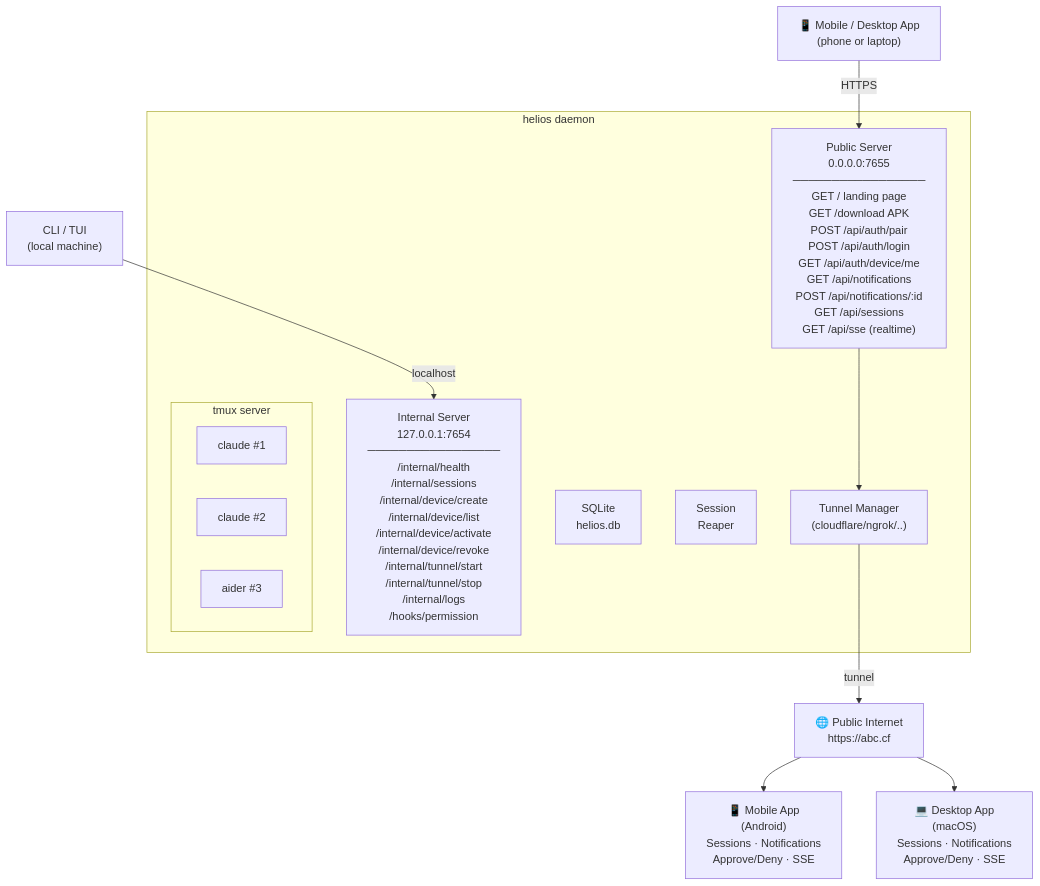
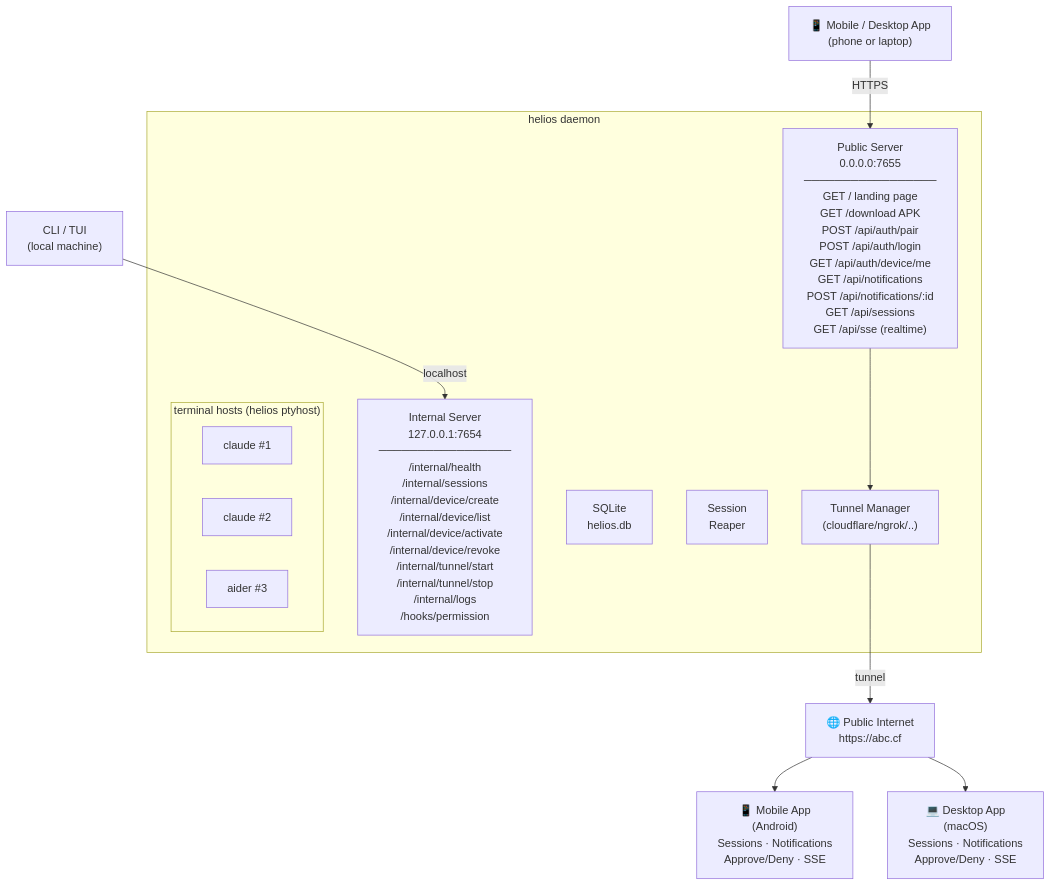
One commit to kamrul1157024/helios changed the fourth of 4 diagrams in README.md. Above: the diagram before and after it, drawn with Mermaid. The commit also changed other lines of this file and 80 other files, not shown here.

````diff
--- a/README.md
+++ b/README.md
@@ -372,32 +370,32 @@
 ```mermaid
 graph TB
     CLI["CLI / TUI\n(local machine)"]
     Mobile["📱 Mobile / Desktop App\n(phone or laptop)"]
 
     subgraph Daemon["helios daemon"]
         Internal["Internal Server\n127.0.0.1:7654\n─────────────────\n/internal/health\n/internal/sessions\n/internal/device/create\n/internal/device/list\n/internal/device/activate\n/internal/device/revoke\n/internal/tunnel/start\n/internal/tunnel/stop\n/internal/logs\n/hooks/permission"]
 
         Public["Public Server\n0.0.0.0:7655\n─────────────────\nGET  /  landing page\nGET  /download  APK\nPOST /api/auth/pair\nPOST /api/auth/login\nGET  /api/auth/device/me\nGET  /api/notifications\nPOST /api/notifications/:id\nGET  /api/sessions\nGET  /api/sse  (realtime)"]
 
         SQLite["SQLite\nhelios.db"]
         Reaper["Session\nReaper"]
         Tunnel["Tunnel Manager\n(cloudflare/ngrok/..)"]
 
-        subgraph tmux["tmux server"]
+        subgraph hosts["terminal hosts (helios ptyhost)"]
             S1["claude #1"]
             S2["claude #2"]
             S3["aider #3"]
         end
     end
 
     Internet["🌐 Public Internet\nhttps://abc.cf"]
     MobileApp["📱 Mobile App\n(Android)\nSessions · Notifications\nApprove/Deny · SSE"]
     DesktopApp["💻 Desktop App\n(macOS)\nSessions · Notifications\nApprove/Deny · SSE"]
 
     CLI -->|localhost| Internal
     Mobile -->|HTTPS| Public
     Public --> Tunnel
     Tunnel -->|tunnel| Internet
     Internet --> MobileApp
     Internet --> DesktopApp
 ```
````
